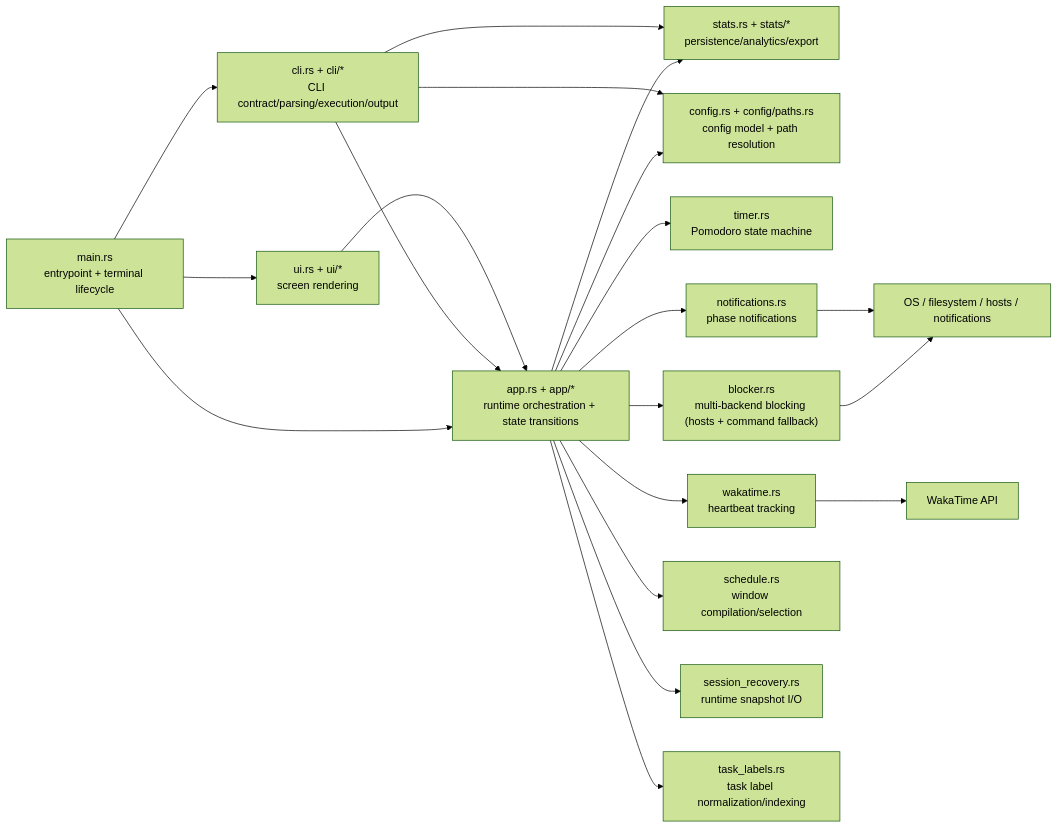
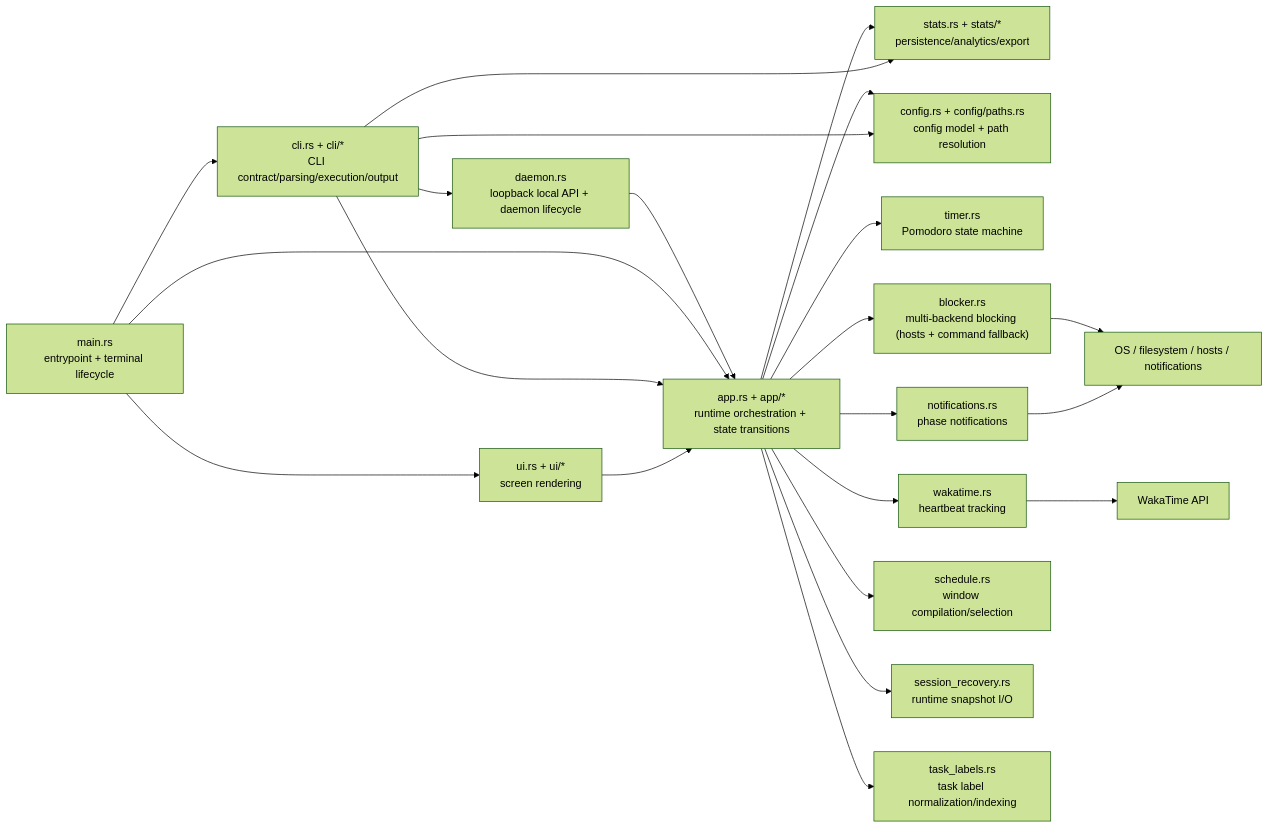
One commit to utilForever/focustime changed the first of 2 diagrams in ARCHITECTURE.md. Above: the diagram before and after it, drawn with Mermaid (forest theme). The commit also changed other lines of this file and 1 other file, not shown here.

Commit message:
docs: document daemon mode and local API architecture

````diff
--- a/ARCHITECTURE.md
+++ b/ARCHITECTURE.md
@@ -10,38 +10,41 @@
 ```mermaid
 flowchart LR
     M["main.rs<br/>entrypoint + terminal lifecycle"]
     CLI["cli.rs + cli/*<br/>CLI contract/parsing/execution/output"]
+    DAE["daemon.rs<br/>loopback local API + daemon lifecycle"]
     APP["app.rs + app/*<br/>runtime orchestration + state transitions"]
     UI["ui.rs + ui/*<br/>screen rendering"]
     ST["stats.rs + stats/*<br/>persistence/analytics/export"]
     CFG["config.rs + config/paths.rs<br/>config model + path resolution"]
     TM["timer.rs<br/>Pomodoro state machine"]
     BL["blocker.rs<br/>multi-backend blocking (hosts + command fallback)"]
     WK["wakatime.rs<br/>heartbeat tracking"]
     NT["notifications.rs<br/>phase notifications"]
     SCH["schedule.rs<br/>window compilation/selection"]
     REC["session_recovery.rs<br/>runtime snapshot I/O"]
     TL["task_labels.rs<br/>task label normalization/indexing"]
     OS["OS / filesystem / hosts / notifications"]
     API["WakaTime API"]
 
     M --> CLI
+    CLI --> DAE
+    DAE --> APP
     M --> APP
     M --> UI
     APP --> CFG
     APP --> TM
     APP --> BL
     APP --> WK
     APP --> NT
     APP --> SCH
     APP --> ST
     APP --> TL
     APP --> REC
     CLI --> APP
     CLI --> CFG
     CLI --> ST
     UI --> APP
     BL --> OS
     NT --> OS
     WK --> API
 ```
````
